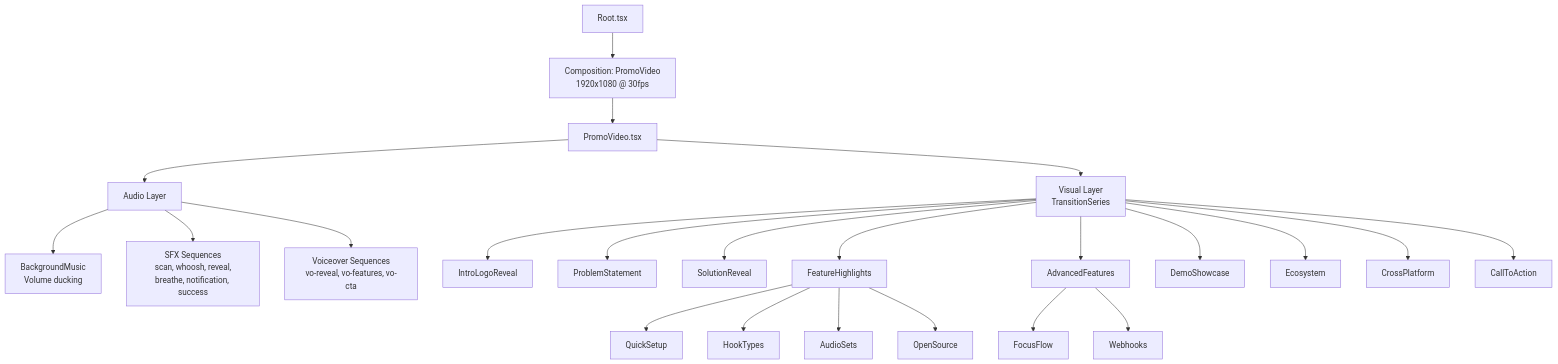
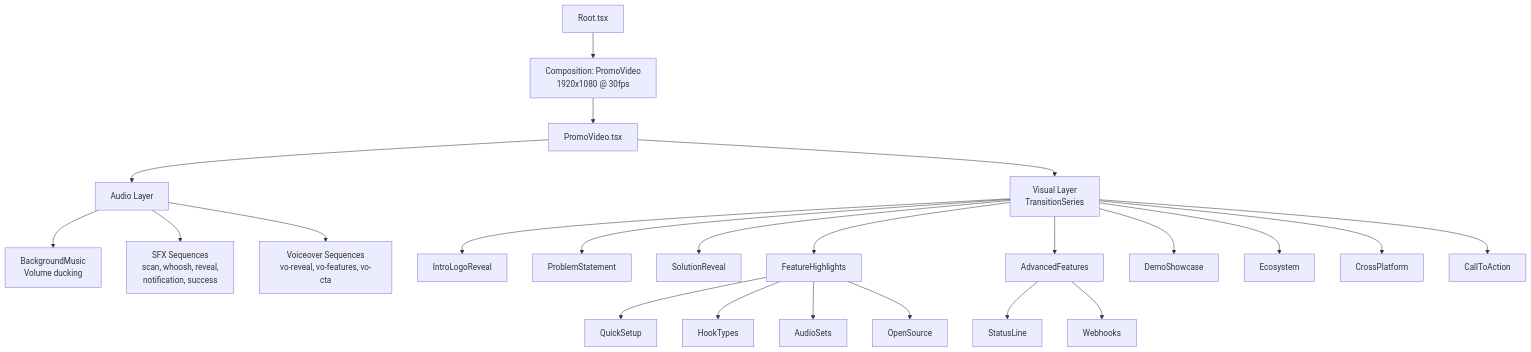
One commit to ChanMeng666/echook-promo-video changed the third of 4 diagrams in README.md. Above: the diagram before and after it, drawn with Mermaid. The commit also changed other lines of this file and 19 other files, not shown here.

````diff
--- a/README.md
+++ b/README.md
@@ -181,30 +183,30 @@
 ```mermaid
 graph TD
     Root[Root.tsx] --> Comp[Composition: PromoVideo<br/>1920x1080 @ 30fps]
     Comp --> PV[PromoVideo.tsx]
 
     PV --> AL[Audio Layer]
     PV --> VL[Visual Layer<br/>TransitionSeries]
 
     AL --> BGM[BackgroundMusic<br/>Volume ducking]
-    AL --> SFX[SFX Sequences<br/>scan, whoosh, reveal,<br/>breathe, notification, success]
+    AL --> SFX[SFX Sequences<br/>scan, whoosh, reveal,<br/>notification, success]
     AL --> VO[Voiceover Sequences<br/>vo-reveal, vo-features, vo-cta]
 
     VL --> S1[IntroLogoReveal]
     VL --> S2[ProblemStatement]
     VL --> S3[SolutionReveal]
     VL --> S4[FeatureHighlights]
     VL --> S5[AdvancedFeatures]
     VL --> S6[DemoShowcase]
     VL --> S7[Ecosystem]
     VL --> S8[CrossPlatform]
     VL --> S9[CallToAction]
 
     S4 --> F1[QuickSetup]
     S4 --> F2[HookTypes]
     S4 --> F3[AudioSets]
     S4 --> F4[OpenSource]
 
-    S5 --> AF1[FocusFlow]
+    S5 --> AF1[StatusLine]
     S5 --> AF2[Webhooks]
 ```
````
